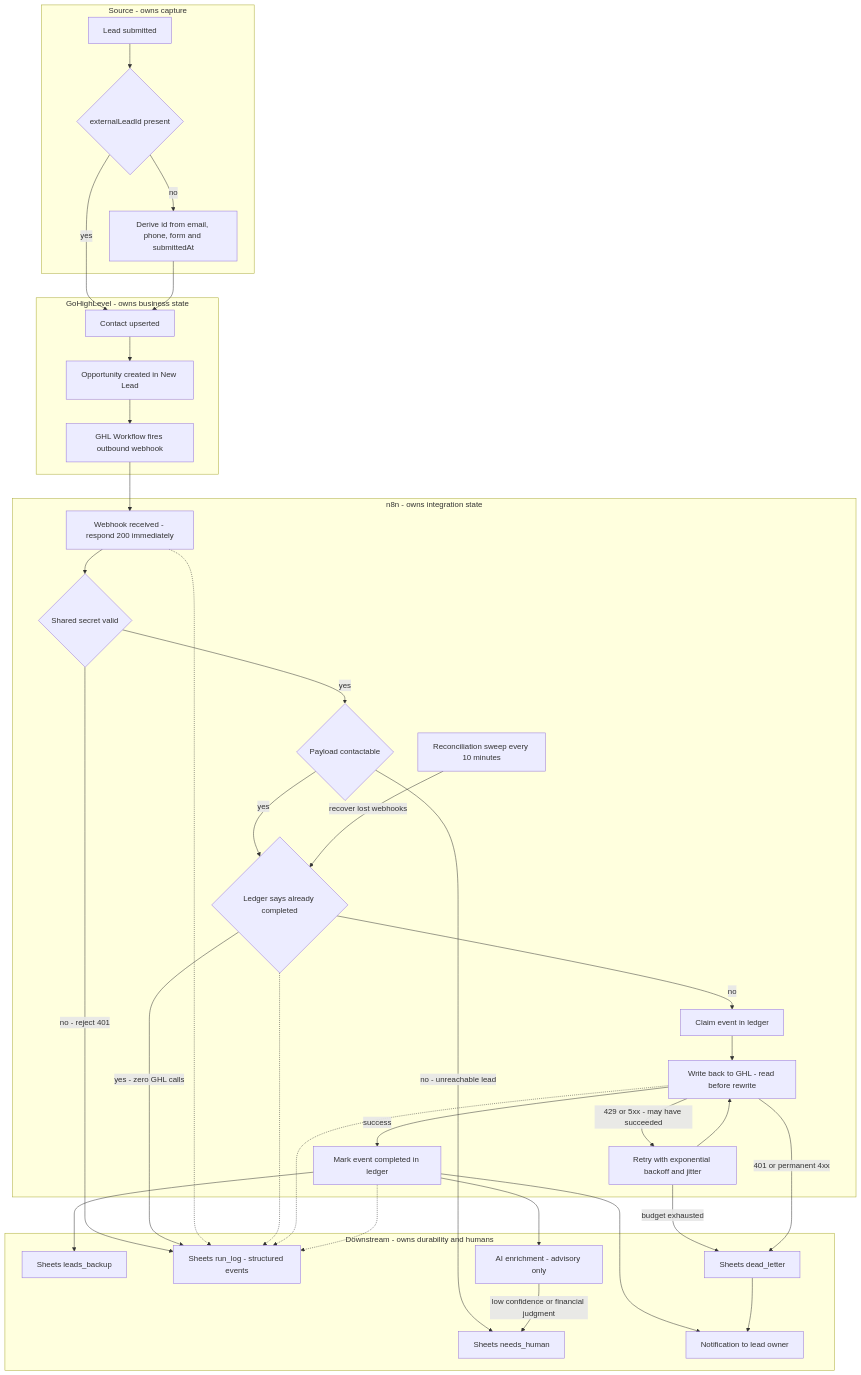
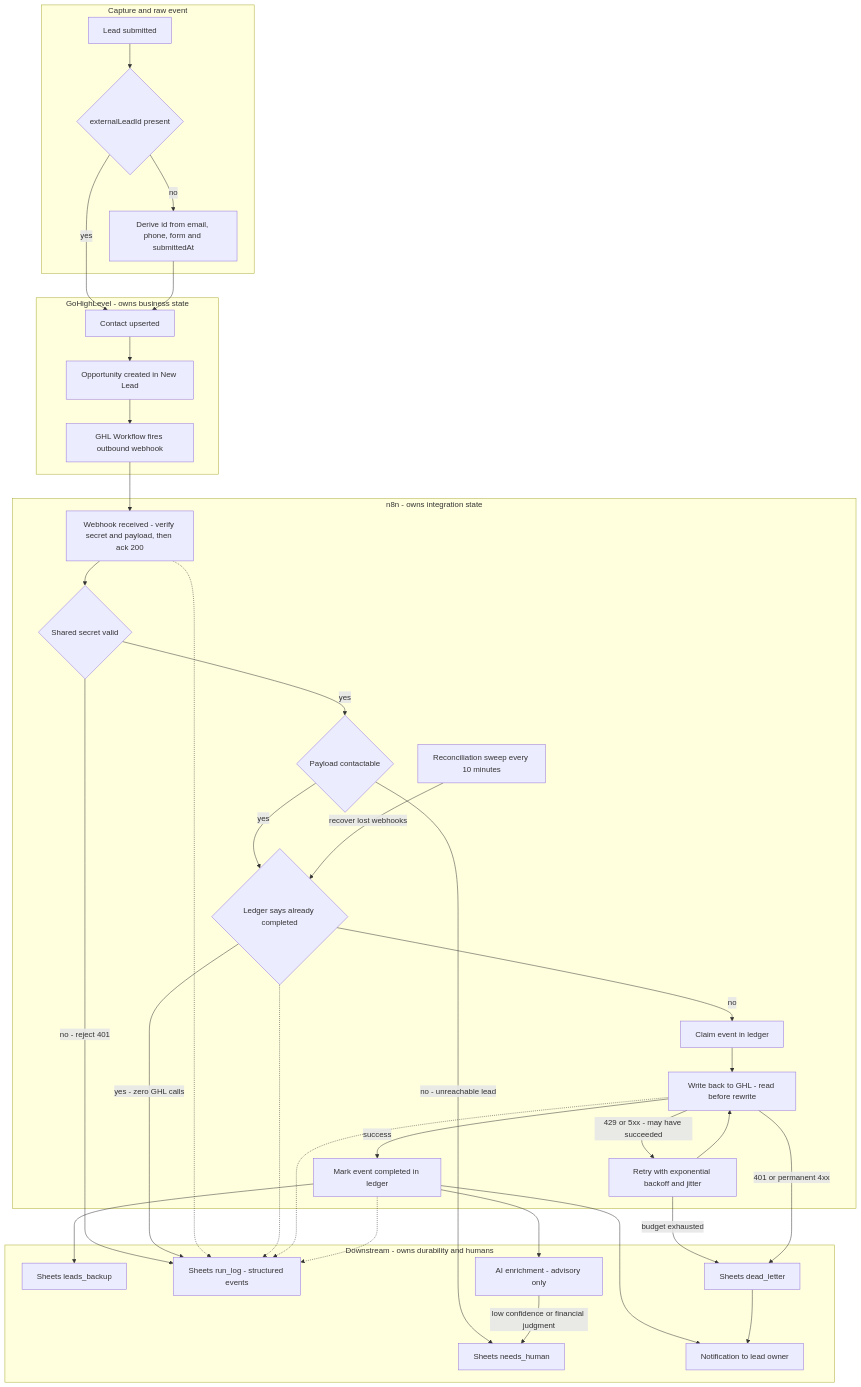
Before and after one commit to DvDavs/ghl-leadflow-demo: the diagram in docs/diagrams/reliability.md, drawn with Mermaid. The commit also changed other lines of this file and 11 other files, not shown here.

````diff
--- a/docs/diagrams/reliability.md
+++ b/docs/diagrams/reliability.md
@@ -6,67 +6,67 @@
 ```mermaid
 flowchart TB
-  subgraph S1["Source - owns capture"]
+  subgraph S1["Capture and raw event"]
     A1["Lead submitted"]
     A2{"externalLeadId present"}
     A3["Derive id from email, phone, form and submittedAt"]
   end
 
   subgraph S2["GoHighLevel - owns business state"]
     B1["Contact upserted"]
     B2["Opportunity created in New Lead"]
     B3["GHL Workflow fires outbound webhook"]
   end
 
   subgraph S3["n8n - owns integration state"]
-    C1["Webhook received - respond 200 immediately"]
+    C1["Webhook received - verify secret and payload, then ack 200"]
     C2{"Shared secret valid"}
     C3{"Payload contactable"}
     C4{"Ledger says already completed"}
     C5["Claim event in ledger"]
     C6["Write back to GHL - read before rewrite"]
     C7["Retry with exponential backoff and jitter"]
     C8["Mark event completed in ledger"]
     C9["Reconciliation sweep every 10 minutes"]
   end
 
   subgraph S4["Downstream - owns durability and humans"]
     D1["Sheets leads_backup"]
     D2["Sheets run_log - structured events"]
     D3["Sheets needs_human"]
     D4["Sheets dead_letter"]
     D5["Notification to lead owner"]
     D6["AI enrichment - advisory only"]
   end
 
   A1 --> A2
   A2 -->|"no"| A3
   A2 -->|"yes"| B1
   A3 --> B1
   B1 --> B2
   B2 --> B3
   B3 --> C1
   C1 --> C2
   C2 -->|"no - reject 401"| D2
   C2 -->|"yes"| C3
   C3 -->|"no - unreachable lead"| D3
   C3 -->|"yes"| C4
   C4 -->|"yes - zero GHL calls"| D2
   C4 -->|"no"| C5
   C5 --> C6
   C6 -->|"429 or 5xx - may have succeeded"| C7
   C7 --> C6
   C7 -->|"budget exhausted"| D4
   C6 -->|"401 or permanent 4xx"| D4
   C6 -->|"success"| C8
   C8 --> D1
   C8 --> D6
   C8 --> D5
   D6 -->|"low confidence or financial judgment"| D3
   D4 --> D5
   C9 -->|"recover lost webhooks"| C4
 
   C1 -.-> D2
   C4 -.-> D2
   C6 -.-> D2
   C8 -.-> D2
 ```
````
